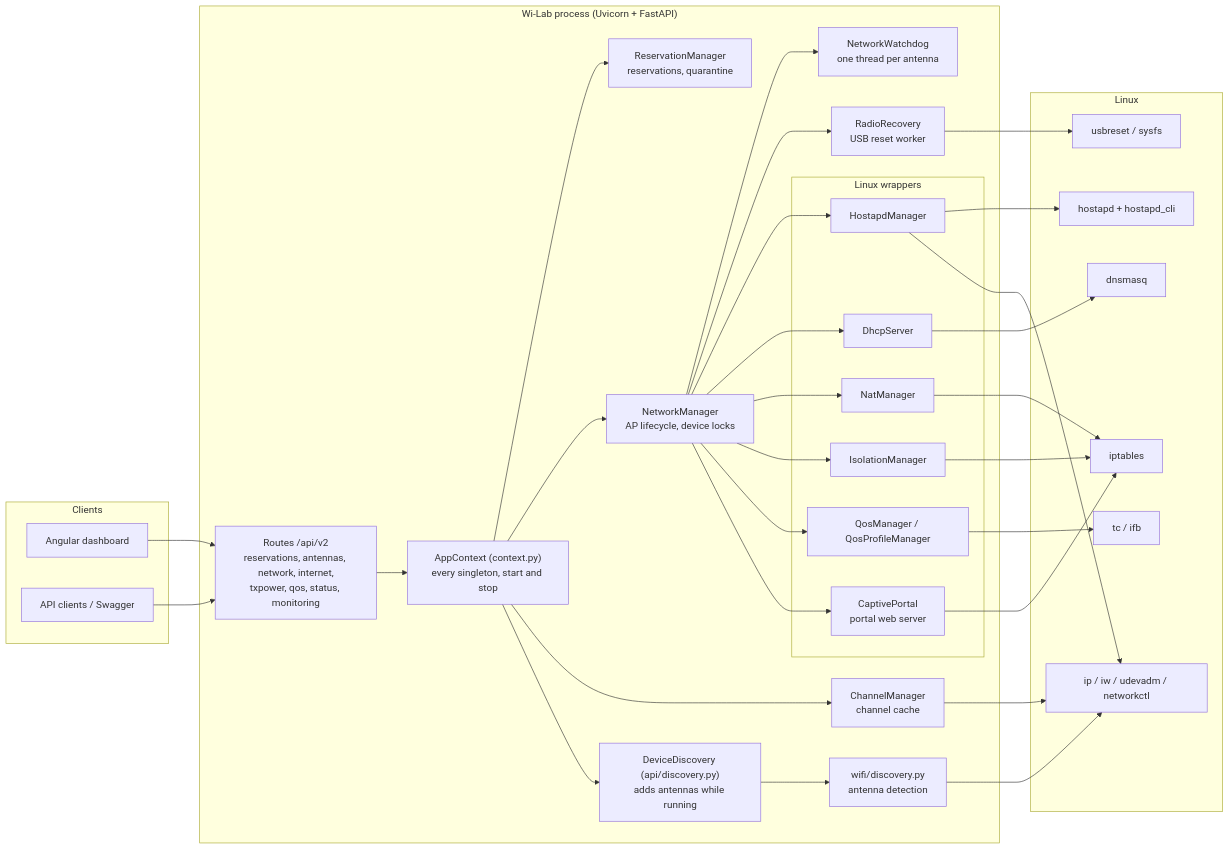
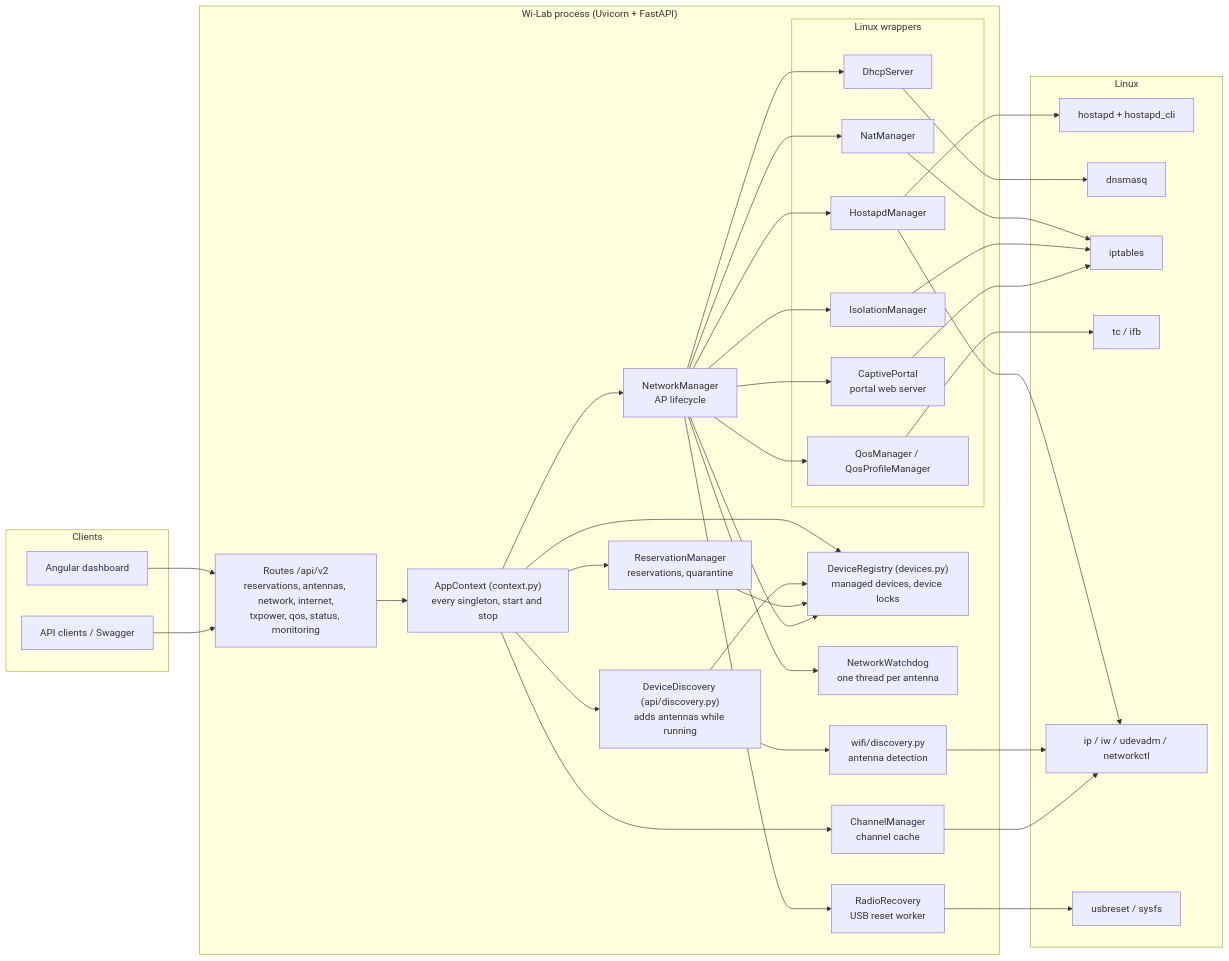
One commit to caporalesimone/wi-lab changed the first of 15 diagrams in docs/architecture.md. Above: the diagram before and after it, drawn with Mermaid. The commit also changed other lines of this file and 1 other file, not shown here.

Commit message:
docs: DeviceRegistry in architecture and changelog (ARCH-4)

````diff
--- a/docs/architecture.md
+++ b/docs/architecture.md
@@ -16,63 +16,68 @@
 ```mermaid
 flowchart LR
     subgraph Clients
         UI["Angular dashboard"]
         API["API clients / Swagger"]
     end
 
     subgraph Process["Wi-Lab process (Uvicorn + FastAPI)"]
         R["Routes /api/v2<br/>reservations, antennas, network, internet,<br/>txpower, qos, status, monitoring"]
         D["AppContext (context.py)<br/>every singleton, start and stop"]
         RM["ReservationManager<br/>reservations, quarantine"]
-        NM["NetworkManager<br/>AP lifecycle, device locks"]
+        NM["NetworkManager<br/>AP lifecycle"]
+        DR["DeviceRegistry (devices.py)<br/>managed devices, device locks"]
         WD["NetworkWatchdog<br/>one thread per antenna"]
         RR["RadioRecovery<br/>USB reset worker"]
         CM["ChannelManager<br/>channel cache"]
         DS2["DeviceDiscovery (api/discovery.py)<br/>adds antennas while running"]
         DISC["wifi/discovery.py<br/>antenna detection"]
         subgraph Drivers["Linux wrappers"]
             HA["HostapdManager"]
             DH["DhcpServer"]
             NAT["NatManager"]
             ISO["IsolationManager"]
             QOS["QosManager / QosProfileManager"]
             CP["CaptivePortal<br/>portal web server"]
         end
     end
 
     subgraph Linux
         HOSTAPD["hostapd + hostapd_cli"]
         DNSMASQ["dnsmasq"]
         IPT["iptables"]
         TC["tc / ifb"]
         IPIW["ip / iw / udevadm / networkctl"]
         USB["usbreset / sysfs"]
     end
 
     UI --> R
     API --> R
     R --> D
     D --> RM
     D --> NM
     D --> CM
     D --> DS2
+    D --> DR
+    DS2 --> DR
+    RM --> DR
+    NM --> DR
     DS2 --> DISC
     NM --> WD
     NM --> RR
     NM --> HA
     NM --> DH
     NM --> NAT
     NM --> ISO
     NM --> QOS
     NM --> CP
     HA --> HOSTAPD
     HA --> IPIW
     DH --> DNSMASQ
     NAT --> IPT
     ISO --> IPT
     CP --> IPT
     QOS --> TC
     DISC --> IPIW
     CM --> IPIW
     RR --> USB
 ```
````
